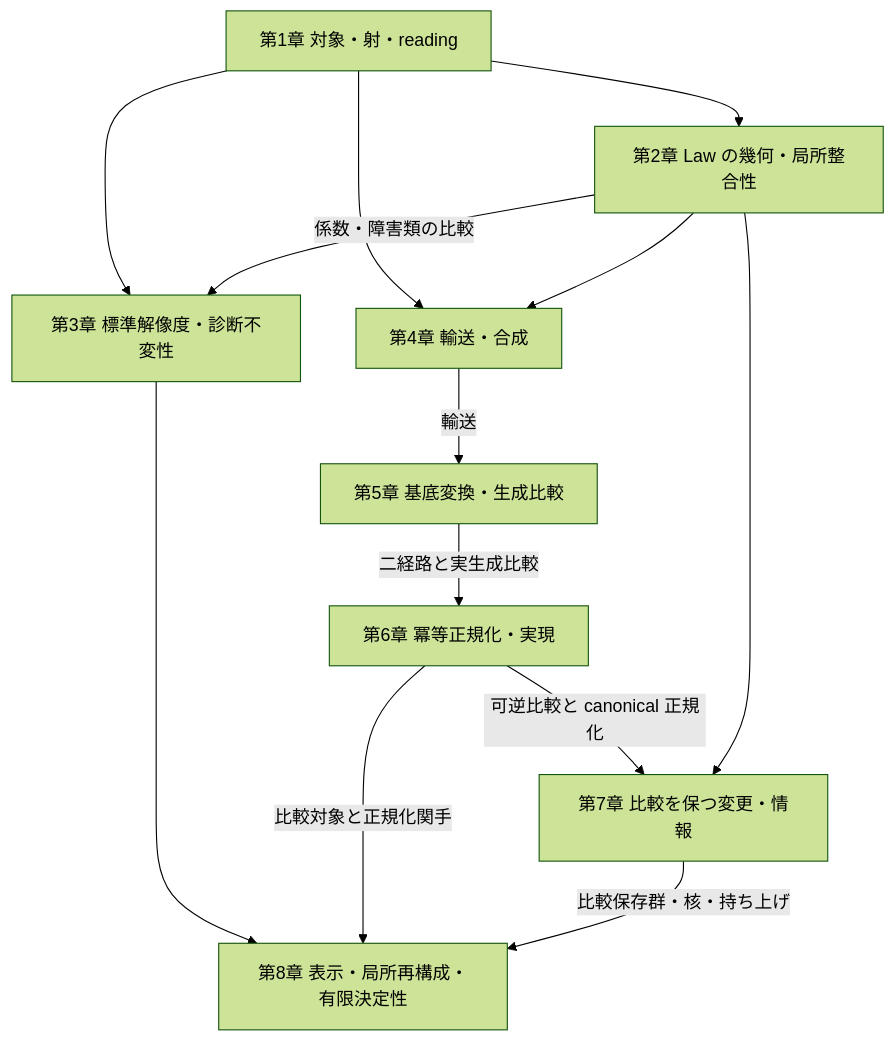
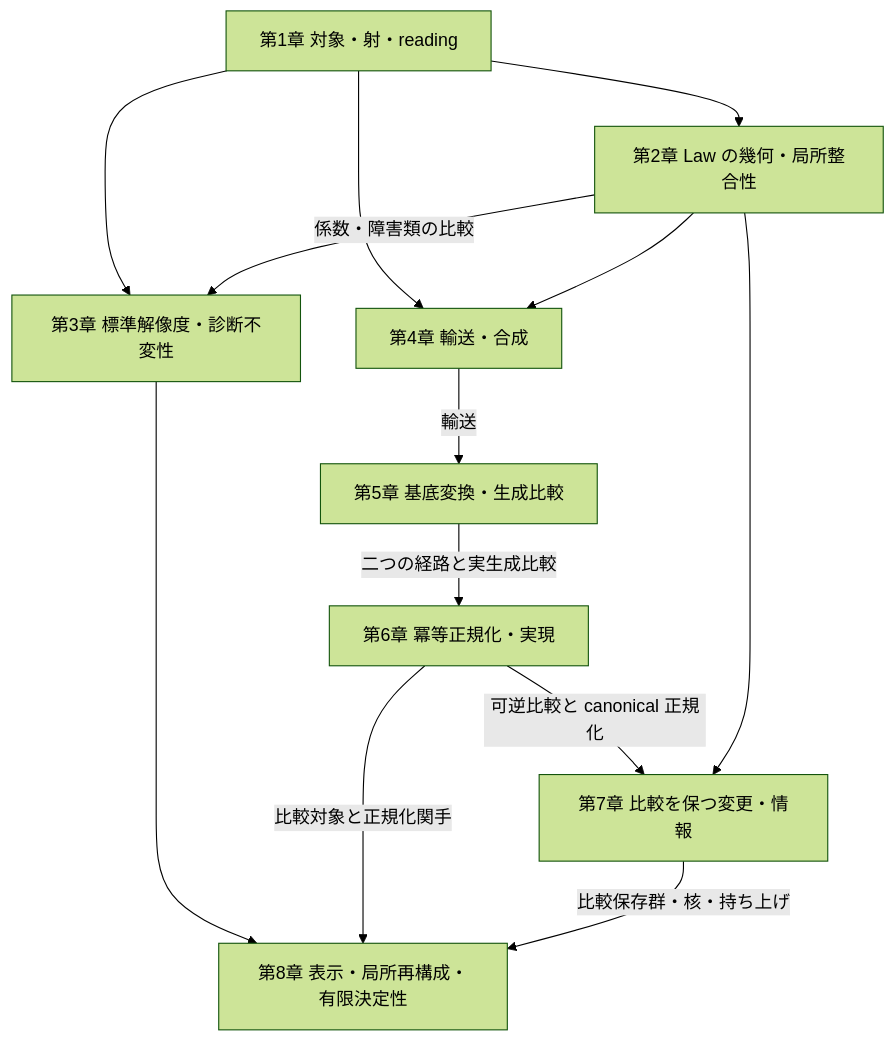
The diagram in outreach/paper/rising-sea/paper-structure.md (iroha1203/AlgebraicArchitectureTheoryV2), drawn with Mermaid (forest theme) before and after one commit. The commit also changed other lines of this file and 1 other file, not shown here.

````diff
--- a/outreach/paper/rising-sea/paper-structure.md
+++ b/outreach/paper/rising-sea/paper-structure.md
@@ -253,15 +254,15 @@
 ```mermaid
 flowchart TD
   C1["第1章 対象・射・reading"] --> C2["第2章 Law の幾何・局所整合性"]
   C1 --> C3["第3章 標準解像度・診断不変性"]
   C2 -->|係数・障害類の比較| C3
   C1 --> C4["第4章 輸送・合成"]
   C2 --> C4
   C4 -->|輸送| C5["第5章 基底変換・生成比較"]
-  C5 -->|二経路と実生成比較| C6["第6章 冪等正規化・実現"]
+  C5 -->|二つの経路と実生成比較| C6["第6章 冪等正規化・実現"]
   C6 -->|可逆比較と canonical 正規化| C7["第7章 比較を保つ変更・情報"]
   C2 --> C7
   C3 --> C8["第8章 表示・局所再構成・有限決定性"]
   C6 -->|比較対象と正規化関手| C8
   C7 -->|比較保存群・核・持ち上げ| C8
 ```
````
